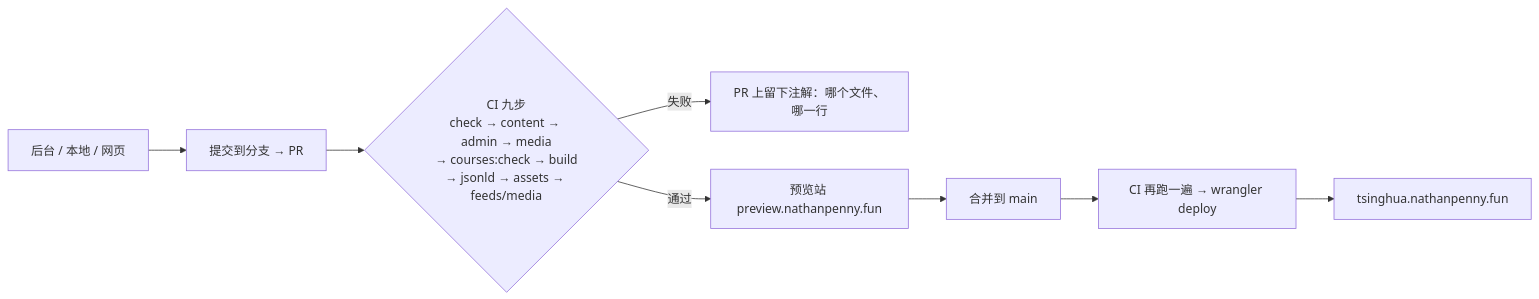
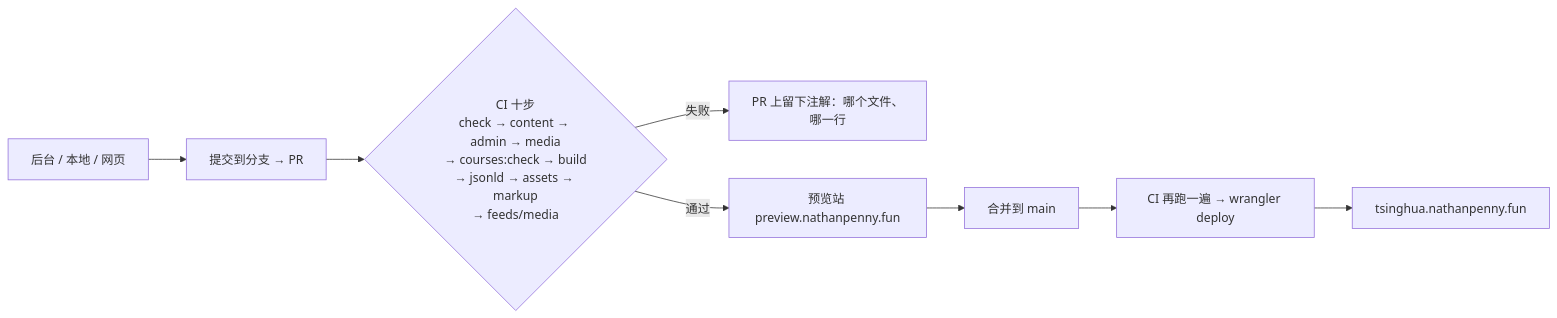
Before and after one commit to nathanpenny520/TsinghuaSurvive: the first of 2 diagrams in README.md, drawn with Mermaid. The commit also changed other lines of this file and 16 other files, not shown here.

````diff
--- a/README.md
+++ b/README.md
@@ -119,10 +119,10 @@
 ```mermaid
 flowchart LR
   A["后台 / 本地 / 网页"] --> B["提交到分支 → PR"]
-  B --> C{"CI 九步<br/>check → content → admin → media<br/>→ courses:check → build<br/>→ jsonld → assets → feeds/media"}
+  B --> C{"CI 十步<br/>check → content → admin → media<br/>→ courses:check → build<br/>→ jsonld → assets → markup<br/>→ feeds/media"}
   C -- "失败" --> D["PR 上留下注解：哪个文件、哪一行"]
   C -- "通过" --> E["预览站 preview.nathanpenny.fun"]
   E --> F["合并到 main"]
   F --> G["CI 再跑一遍 → wrangler deploy"]
   G --> H["tsinghua.nathanpenny.fun"]
 ```
````
